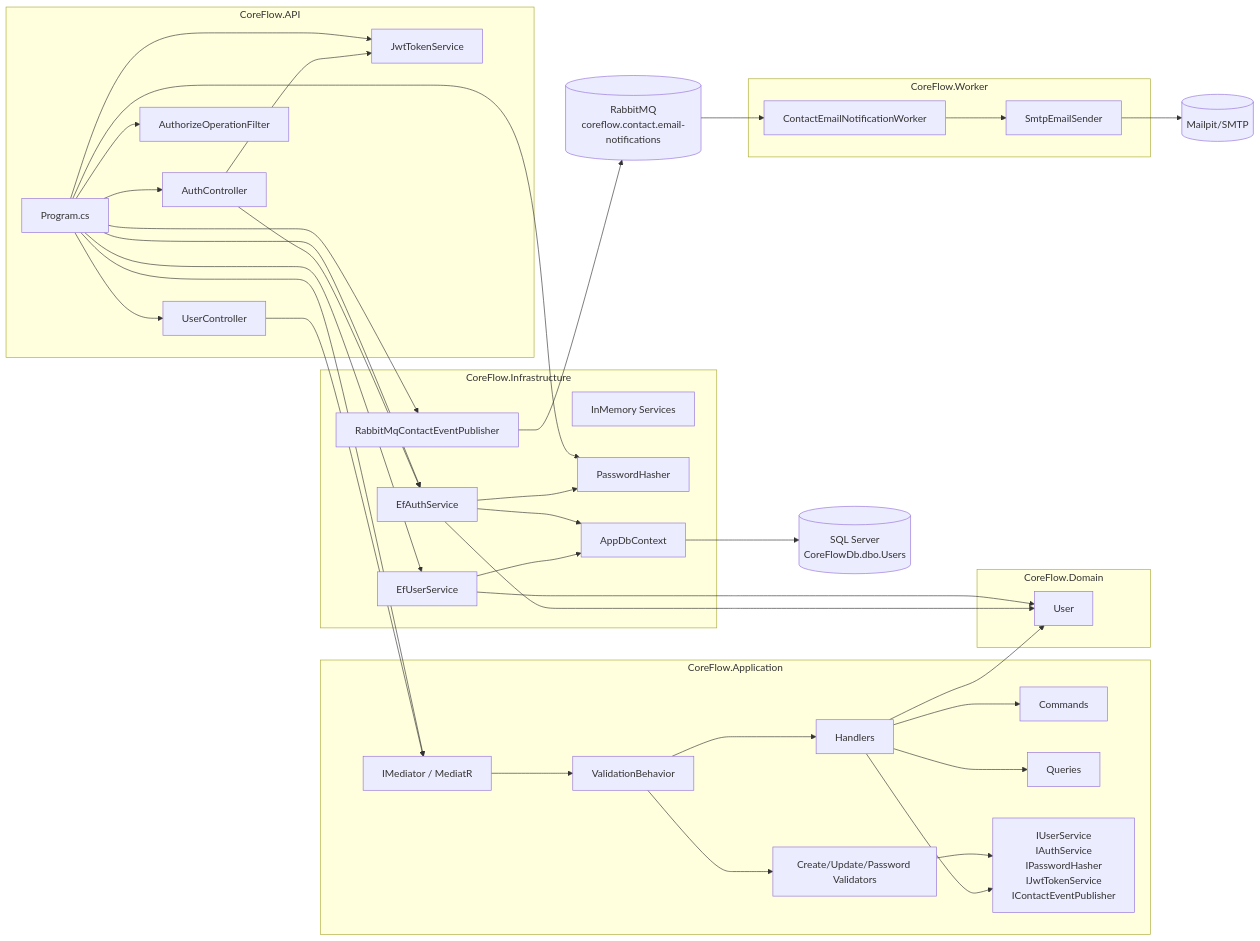
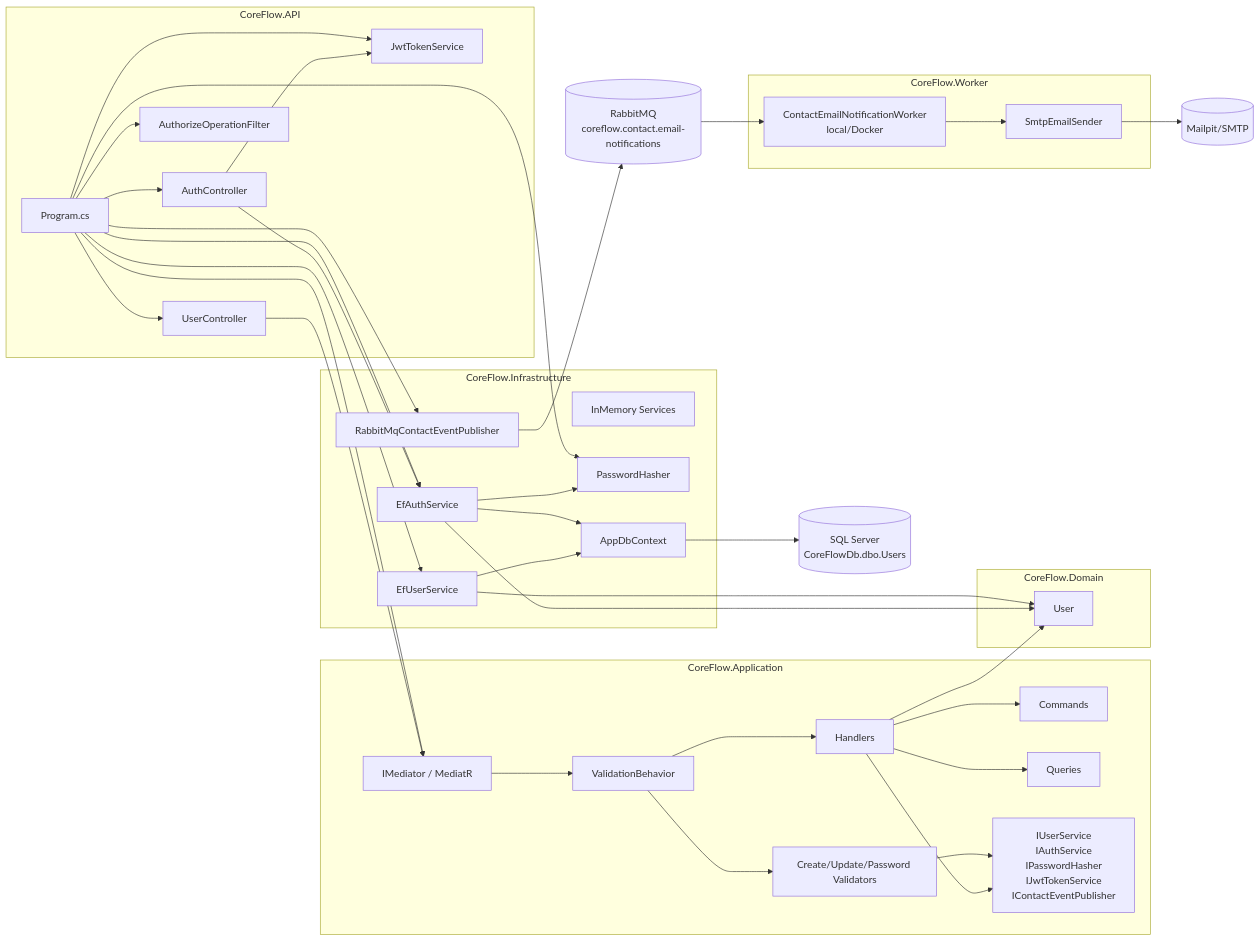
The second of 4 diagrams in CoreFlow/docs/documentacao-tecnica-coreflow-backend.md (george-marcone/AgendaApi), drawn with Mermaid before and after one commit. The commit also changed other lines of this file and 1 other file, not shown here.

````diff
--- a/CoreFlow/docs/documentacao-tecnica-coreflow-backend.md
+++ b/CoreFlow/docs/documentacao-tecnica-coreflow-backend.md
@@ -612,75 +649,75 @@
 ```mermaid
 flowchart LR
     subgraph API[CoreFlow.API]
         AuthController[AuthController]
         UserController[UserController]
         JwtTokenService[JwtTokenService]
         SwaggerFilter[AuthorizeOperationFilter]
         Program[Program.cs]
     end
 
     subgraph Application[CoreFlow.Application]
         Mediator[IMediator / MediatR]
         ValidationBehavior[ValidationBehavior]
         Validators[Create/Update/Password Validators]
         Commands[Commands]
         Queries[Queries]
         Handlers[Handlers]
         Interfaces[IUserService<br/>IAuthService<br/>IPasswordHasher<br/>IJwtTokenService<br/>IContactEventPublisher]
     end
 
     subgraph Domain[CoreFlow.Domain]
         User[User]
     end
 
     subgraph Infrastructure[CoreFlow.Infrastructure]
         EfUserService[EfUserService]
         EfAuthService[EfAuthService]
         InMemoryServices[InMemory Services]
         PasswordHasher[PasswordHasher]
         RabbitPublisher[RabbitMqContactEventPublisher]
         AppDbContext[AppDbContext]
     end
 
     subgraph Worker[CoreFlow.Worker]
-        EmailWorker[ContactEmailNotificationWorker]
+        EmailWorker[ContactEmailNotificationWorker<br/>local/Docker]
         SmtpSender[SmtpEmailSender]
     end
 
     Db[(SQL Server<br/>CoreFlowDb.dbo.Users)]
     Rabbit[(RabbitMQ<br/>coreflow.contact.email-notifications)]
     Mailpit[(Mailpit/SMTP)]
 
     Program --> AuthController
     Program --> UserController
     Program --> Mediator
     Program --> JwtTokenService
     Program --> EfUserService
     Program --> EfAuthService
     Program --> PasswordHasher
     Program --> RabbitPublisher
     Program --> SwaggerFilter
 
     UserController --> Mediator
     Mediator --> ValidationBehavior
     ValidationBehavior --> Validators
     Validators --> Interfaces
     ValidationBehavior --> Handlers
     Handlers --> Commands
     Handlers --> Queries
     Handlers --> Interfaces
     Handlers --> User
 
     AuthController --> EfAuthService
     AuthController --> JwtTokenService
     EfAuthService --> PasswordHasher
     EfAuthService --> AppDbContext
     EfUserService --> AppDbContext
     RabbitPublisher --> Rabbit
     Rabbit --> EmailWorker
     EmailWorker --> SmtpSender
     SmtpSender --> Mailpit
     AppDbContext --> Db
     EfUserService --> User
     EfAuthService --> User
 ```
````
